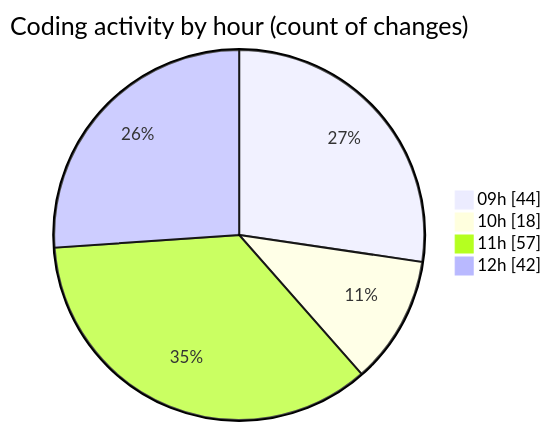
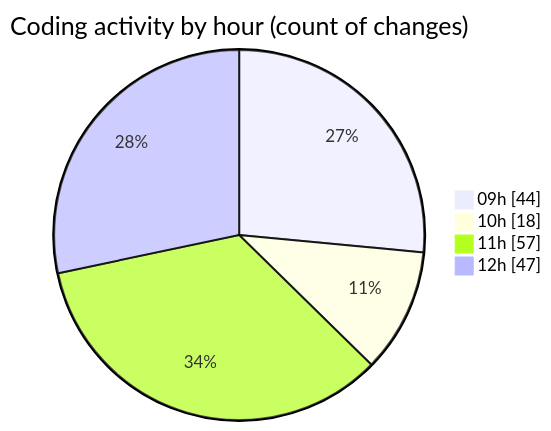
The second of 2 diagrams in 2026-08-07/cda/README.md (momahboobian/code-tracking), drawn with Mermaid before and after one commit. The commit also changed other lines of this file and 1 other file, not shown here.

````diff
--- a/2026-08-07/cda/README.md
+++ b/2026-08-07/cda/README.md
@@ -47,8 +47,8 @@
 ```mermaid
 pie showData
 title Coding activity by hour (count of changes)
 "09h" : 44
 "10h" : 18
 "11h" : 57
-"12h" : 42
+"12h" : 47
 ```
````
